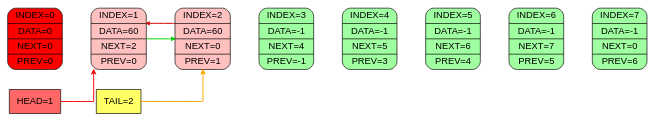
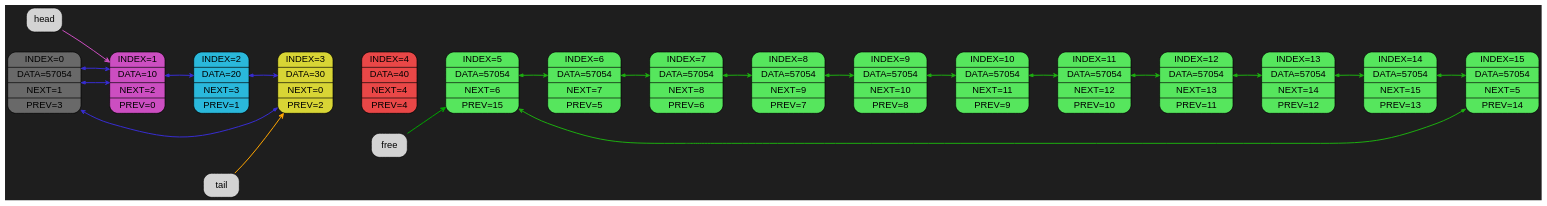
One commit to Kabuto-Mainer/SOFT_PROCESSOR changed the diagram in LIST/graph.dot. Above: the diagram before and after it, drawn with Graphviz. The commit also changed 34 other files, not shown here.

```diff
--- a/LIST/graph.dot
+++ b/LIST/graph.dot
@@ -1,32 +1,59 @@
 digraph {
   rankdir=LR;
-  splines=ortho;
-  nodesep=0.4;
+  bgcolor="#1e1e1e"  nodesep=0.4;
   ranksep=0.6;
   node [shape=Mrecord, style=filled, fontname="Helvetica"];
   edge [arrowhead=vee, arrowsize=0.6, penwidth=1.2];
 
-block0 [label="INDEX=0|DATA=0|NEXT=0|PREV=0", fillcolor="#FF0000"];
-block1 [label="INDEX=1|DATA=60|NEXT=2|PREV=0", fillcolor="#FFC0C0"];
-block2 [label="INDEX=2|DATA=60|NEXT=0|PREV=1", fillcolor="#FFC0C0"];
-block3 [label="INDEX=3|DATA=-1|NEXT=4|PREV=-1", fillcolor="#A0FFA0"];
-block4 [label="INDEX=4|DATA=-1|NEXT=5|PREV=3", fillcolor="#A0FFA0"];
-block5 [label="INDEX=5|DATA=-1|NEXT=6|PREV=4", fillcolor="#A0FFA0"];
-block6 [label="INDEX=6|DATA=-1|NEXT=7|PREV=5", fillcolor="#A0FFA0"];
-block7 [label="INDEX=7|DATA=-1|NEXT=0|PREV=6", fillcolor="#A0FFA0"];
-head [label="HEAD=1", shape=box, style=filled, fillcolor="#FF6666"];
-tail [label="TAIL=2", shape=box, style=filled, fillcolor="#FFFF66"];
-
+block0 [label="INDEX=0|DATA=57054|NEXT=1|PREV=3", fillcolor="#696969ff"];
+block1 [label="INDEX=1|DATA=10|NEXT=2|PREV=0", fillcolor="#cc4ec1ff"];
+block2 [label="INDEX=2|DATA=20|NEXT=3|PREV=1", fillcolor="#2ab8dbff"];
+block3 [label="INDEX=3|DATA=30|NEXT=0|PREV=2", fillcolor="#d8d535ff"];
+block4 [label="INDEX=4|DATA=40|NEXT=4|PREV=4", fillcolor="#e94747ff"];
+block5 [label="INDEX=5|DATA=57054|NEXT=6|PREV=15", fillcolor="#56e65dff"];
+block6 [label="INDEX=6|DATA=57054|NEXT=7|PREV=5", fillcolor="#56e65dff"];
+block7 [label="INDEX=7|DATA=57054|NEXT=8|PREV=6", fillcolor="#56e65dff"];
+block8 [label="INDEX=8|DATA=57054|NEXT=9|PREV=7", fillcolor="#56e65dff"];
+block9 [label="INDEX=9|DATA=57054|NEXT=10|PREV=8", fillcolor="#56e65dff"];
+block10 [label="INDEX=10|DATA=57054|NEXT=11|PREV=9", fillcolor="#56e65dff"];
+block11 [label="INDEX=11|DATA=57054|NEXT=12|PREV=10", fillcolor="#56e65dff"];
+block12 [label="INDEX=12|DATA=57054|NEXT=13|PREV=11", fillcolor="#56e65dff"];
+block13 [label="INDEX=13|DATA=57054|NEXT=14|PREV=12", fillcolor="#56e65dff"];
+block14 [label="INDEX=14|DATA=57054|NEXT=15|PREV=13", fillcolor="#56e65dff"];
+block15 [label="INDEX=15|DATA=57054|NEXT=5|PREV=14", fillcolor="#56e65dff"];
 block0 -> block1 [style=invis, weight=100];
 block1 -> block2 [style=invis, weight=100];
 block2 -> block3 [style=invis, weight=100];
 block3 -> block4 [style=invis, weight=100];
 block4 -> block5 [style=invis, weight=100];
 block5 -> block6 [style=invis, weight=100];
 block6 -> block7 [style=invis, weight=100];
+block7 -> block8 [style=invis, weight=100];
+block8 -> block9 [style=invis, weight=100];
+block9 -> block10 [style=invis, weight=100];
+block10 -> block11 [style=invis, weight=100];
+block11 -> block12 [style=invis, weight=100];
+block12 -> block13 [style=invis, weight=100];
+block13 -> block14 [style=invis, weight=100];
+block14 -> block15 [style=invis, weight=100];
 
-block1 -> block2 [color="#00D000", penwidth=1.5, arrowsize=0.6, constraint=true];
-block2 -> block1 [color="#D00000", penwidth=1.5, arrowsize=0.5, constraint=false];
-head -> block1 [color="#FF0000", penwidth=1.5, arrowsize=0.7];
-tail -> block2 [color="#FFA500", penwidth=1.5, arrowsize=0.7];
+block0 -> block1 [color="#382dd1ff", penwidth=1.5, arrowsize=0.6, constraint=true, dir = both];
+block1 -> block2 [color="#382dd1ff", penwidth=1.5, arrowsize=0.6, constraint=true, dir = both];
+block2 -> block3 [color="#382dd1ff", penwidth=1.5, arrowsize=0.6, constraint=true, dir = both];
+block3 -> block0 [color="#382dd1ff", penwidth=1.5, arrowsize=0.6, constraint=true, dir = both];
+block0 -> block1 [color="#382dd1ff", penwidth=1.5, arrowsize=0.6, constraint=true, dir = both];
+block5 -> block6 [color="#1dad10ff", penwidth=1.5, arrowsize=0.6, constraint=true, dir = both];
+block6 -> block7 [color="#1dad10ff", penwidth=1.5, arrowsize=0.6, constraint=true, dir = both];
+block7 -> block8 [color="#1dad10ff", penwidth=1.5, arrowsize=0.6, constraint=true, dir = both];
+block8 -> block9 [color="#1dad10ff", penwidth=1.5, arrowsize=0.6, constraint=true, dir = both];
+block9 -> block10 [color="#1dad10ff", penwidth=1.5, arrowsize=0.6, constraint=true, dir = both];
+block10 -> block11 [color="#1dad10ff", penwidth=1.5, arrowsize=0.6, constraint=true, dir = both];
+block11 -> block12 [color="#1dad10ff", penwidth=1.5, arrowsize=0.6, constraint=true, dir = both];
+block12 -> block13 [color="#1dad10ff", penwidth=1.5, arrowsize=0.6, constraint=true, dir = both];
+block13 -> block14 [color="#1dad10ff", penwidth=1.5, arrowsize=0.6, constraint=true, dir = both];
+block14 -> block15 [color="#1dad10ff", penwidth=1.5, arrowsize=0.6, constraint=true, dir = both];
+block15 -> block5 [color="#1dad10ff", penwidth=1.5, arrowsize=0.6, constraint=true, dir = both];
+head -> block1 [color="#cc4ec1ff", penwidth=1.5, arrowsize=0.7];
+tail -> block3 [color="#FFA500", penwidth=1.5, arrowsize=0.7];
+free -> block5 [color="#00A500", penwidth=1.5, arrowsize=0.7];
 }
```
